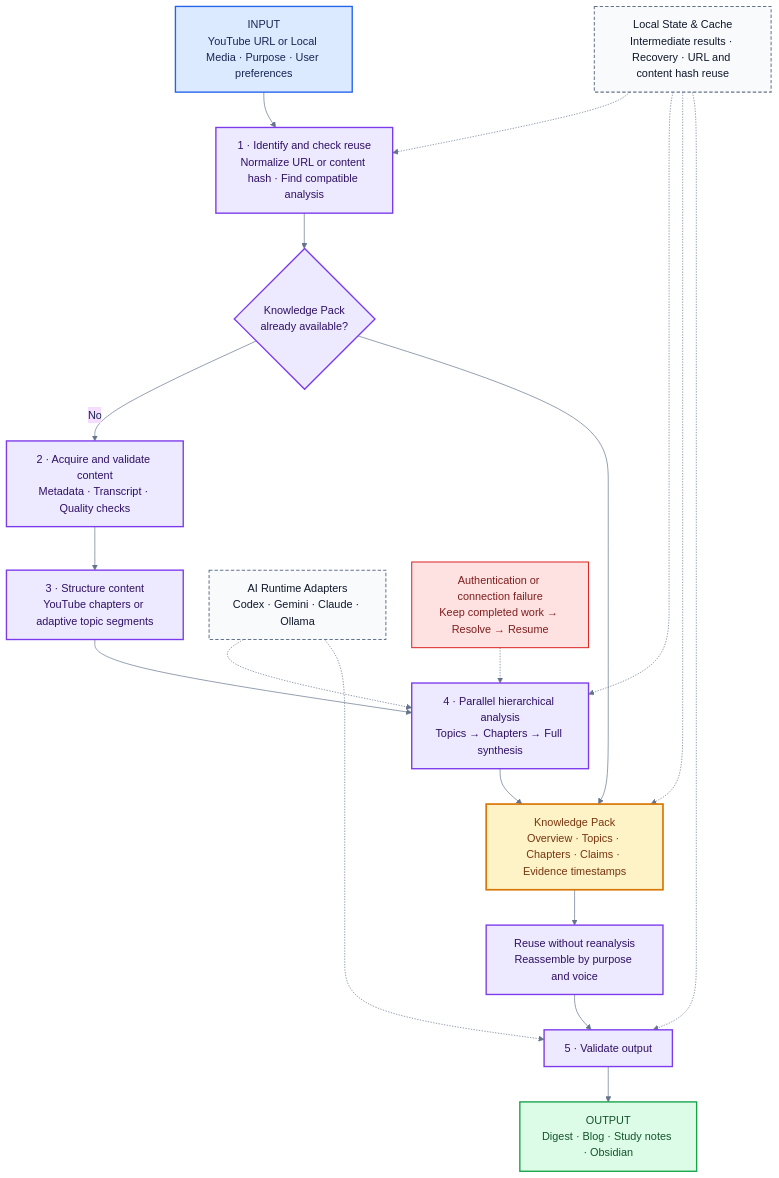
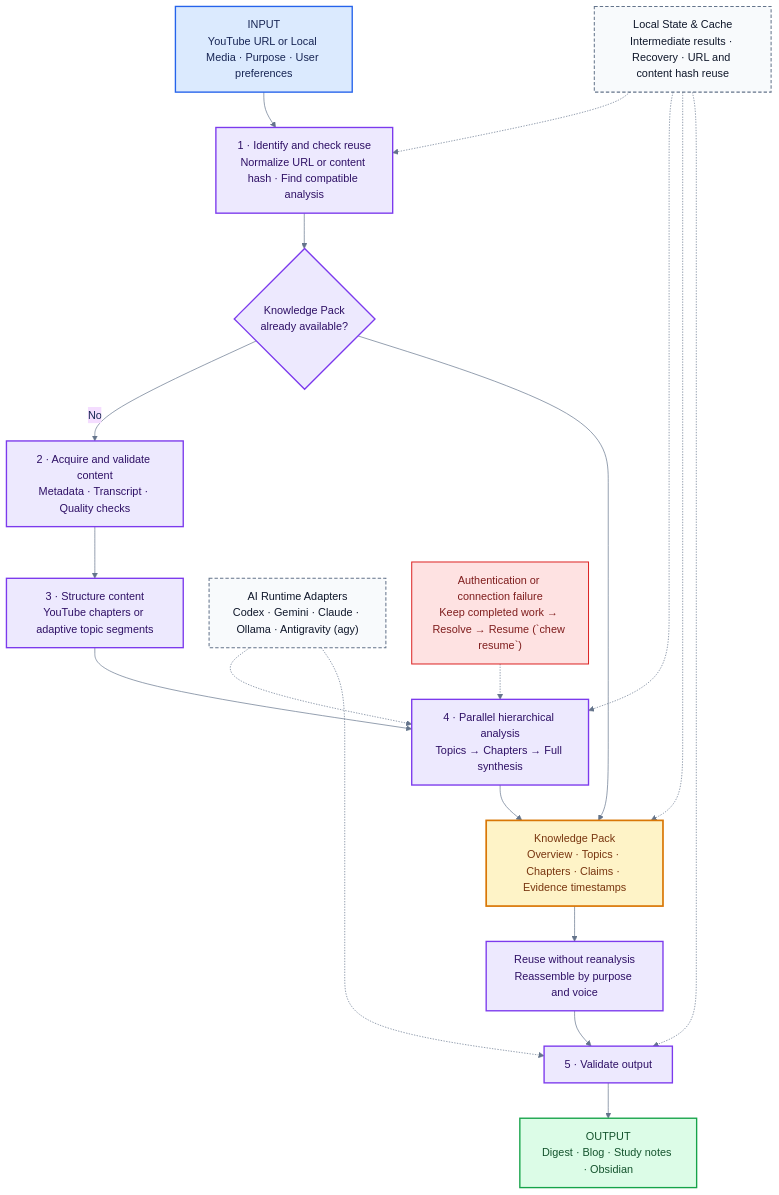
The diagram in assets/architecture/en/internal-pipeline.mmd (SHcommit/youtube-summerizer-kit), drawn with Mermaid before and after one commit. The commit also changed 7 other files, not shown here.

Commit message:
docs: update Mermaid architecture diagrams with chew CLI and Antigravity harness

```diff
--- a/assets/architecture/en/internal-pipeline.mmd
+++ b/assets/architecture/en/internal-pipeline.mmd
@@ -1,38 +1,38 @@
 %%{init: {"theme":"base","themeVariables":{"fontFamily":"Arial, sans-serif","primaryTextColor":"#172554","lineColor":"#64748b","clusterBkg":"#ffffff","clusterBorder":"#cbd5e1"},"flowchart":{"curve":"basis","nodeSpacing":38,"rankSpacing":52}}}%%
 flowchart TB
     INPUT["INPUT<br/>YouTube URL or Local Media · Purpose · User preferences"]
     INPUT --> IDENTITY["1 · Identify and check reuse<br/>Normalize URL or content hash · Find compatible analysis"]
     IDENTITY --> CACHE{"Knowledge Pack<br/>already available?"}
 
     CACHE -->|No| ACQUIRE["2 · Acquire and validate content<br/>Metadata · Transcript · Quality checks"]
     ACQUIRE --> SEGMENT["3 · Structure content<br/>YouTube chapters or adaptive topic segments"]
     SEGMENT --> SYNTHESIS["4 · Parallel hierarchical analysis<br/>Topics → Chapters → Full synthesis"]
     SYNTHESIS --> PACK["Knowledge Pack<br/>Overview · Topics · Chapters · Claims · Evidence timestamps"]
     CACHE --> PACK
 
     PACK --> REUSE["Reuse without reanalysis<br/>Reassemble by purpose and voice"]
     REUSE --> ASSEMBLY["5 · Validate output"]
     ASSEMBLY --> OUTPUT["OUTPUT<br/>Digest · Blog · Study notes · Obsidian"]
 
-    RUNTIMES["AI Runtime Adapters<br/>Codex · Gemini · Claude · Ollama"] -.-> SYNTHESIS
+    RUNTIMES["AI Runtime Adapters<br/>Codex · Gemini · Claude · Ollama · Antigravity (agy)"] -.-> SYNTHESIS
     RUNTIMES -.-> ASSEMBLY
 
     LOCAL["Local State & Cache<br/>Intermediate results · Recovery · URL and content hash reuse"] -.-> IDENTITY
     LOCAL -.-> SYNTHESIS
     LOCAL -.-> PACK
     LOCAL -.-> ASSEMBLY
 
-    RECOVERY["Authentication or connection failure<br/>Keep completed work → Resolve → Resume"] -.-> SYNTHESIS
+    RECOVERY["Authentication or connection failure<br/>Keep completed work → Resolve → Resume (`chew resume`)"] -.-> SYNTHESIS
 
     classDef input fill:#dbeafe,stroke:#2563eb,stroke-width:2px,color:#172554;
     classDef process fill:#ede9fe,stroke:#7c3aed,stroke-width:2px,color:#2e1065;
     classDef knowledge fill:#fef3c7,stroke:#d97706,stroke-width:2.5px,color:#78350f;
     classDef output fill:#dcfce7,stroke:#16a34a,stroke-width:2px,color:#14532d;
     classDef support fill:#f8fafc,stroke:#64748b,stroke-width:1.5px,stroke-dasharray:5 3,color:#0f172a;
     classDef recovery fill:#fee2e2,stroke:#dc2626,stroke-width:1.5px,color:#7f1d1d;
     class INPUT input;
     class IDENTITY,CACHE,ACQUIRE,SEGMENT,SYNTHESIS,REUSE,ASSEMBLY process;
     class PACK knowledge;
     class OUTPUT output;
     class RUNTIMES,LOCAL support;
     class RECOVERY recovery;
```
